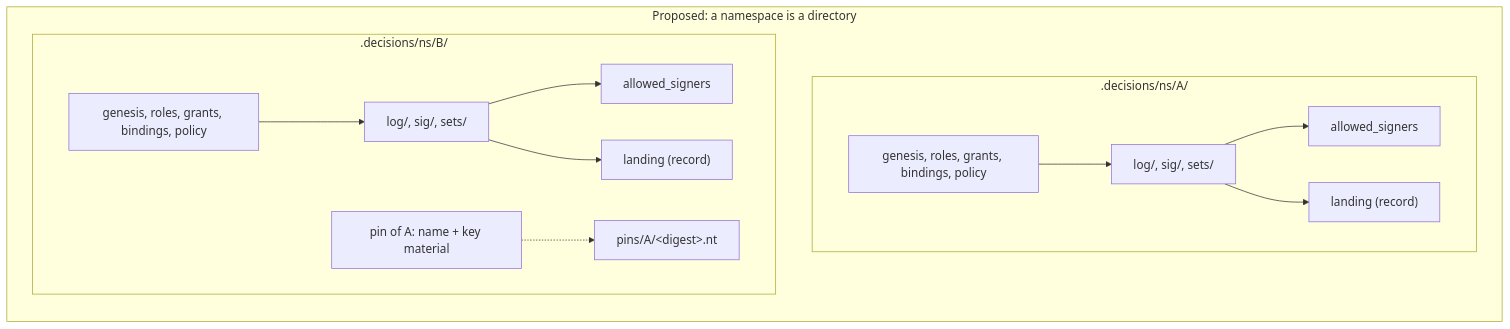
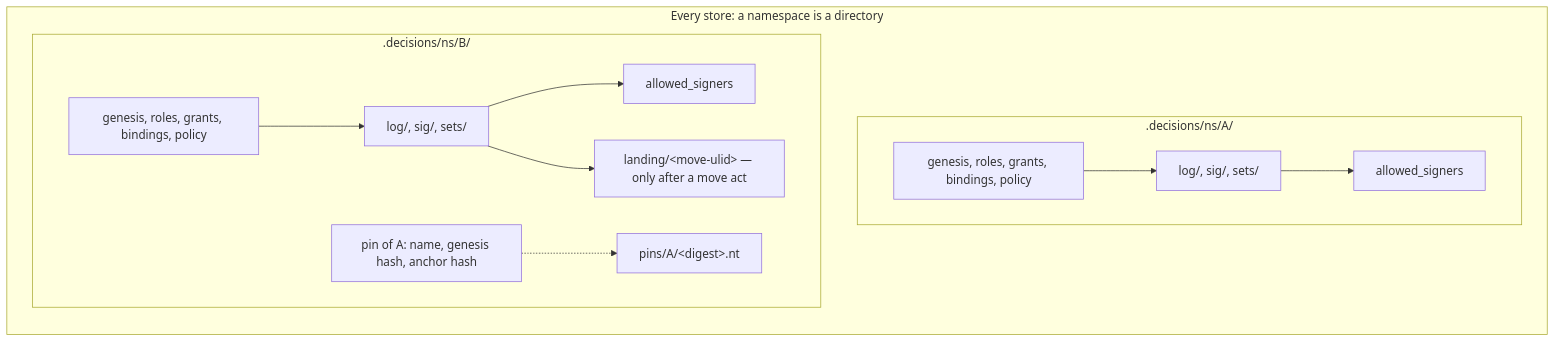
One commit to mindovermachine-dev/product-cli changed the first of 2 diagrams in ledger/prd/namespace-independence-prd.md. Above: the diagram before and after it, drawn with Mermaid. The commit also changed other lines of this file and 2 other files, not shown here.

First line of the commit message:
Apply rulings 61 to 81 to the namespace-independence PRD

````diff
--- a/ledger/prd/namespace-independence-prd.md
+++ b/ledger/prd/namespace-independence-prd.md
@@ -310,17 +298,16 @@
 ```mermaid
 flowchart TB
-  subgraph proposed["Proposed: a namespace is a directory"]
+  subgraph proposed["Every store: a namespace is a directory"]
     direction TB
     subgraph A[".decisions/ns/A/"]
       GA["genesis, roles, grants, bindings, policy"] --> LAA["log/, sig/, sets/"]
       LAA --> ASA["allowed_signers"]
-      LAA --> LRA["landing (record)"]
     end
     subgraph B[".decisions/ns/B/"]
       GB["genesis, roles, grants, bindings, policy"] --> LBB["log/, sig/, sets/"]
       LBB --> ASB["allowed_signers"]
-      LBB --> LRB["landing (record)"]
-      PIN["pin of A: name + key material"] -.-> VEND["pins/A/&lt;digest&gt;.nt"]
+      LBB --> LRB["landing/&lt;move-ulid&gt; — only after a move act"]
+      PIN["pin of A: name, genesis hash, anchor hash"] -.-> VEND["pins/A/&lt;digest&gt;.nt"]
     end
   end
 ```
````
